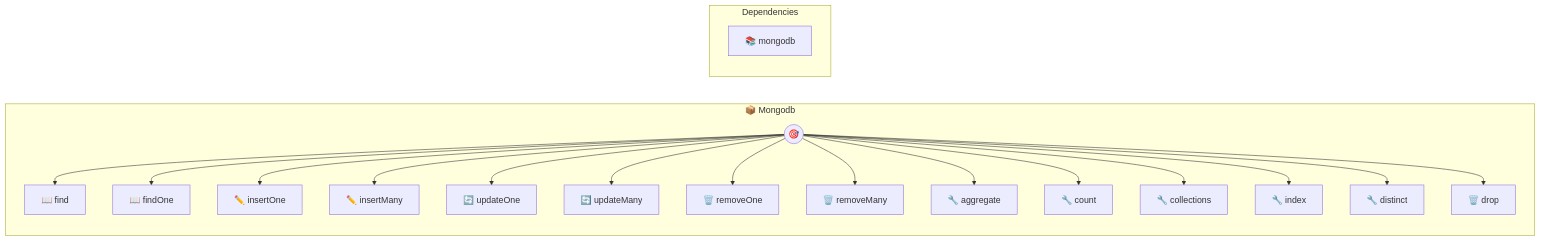
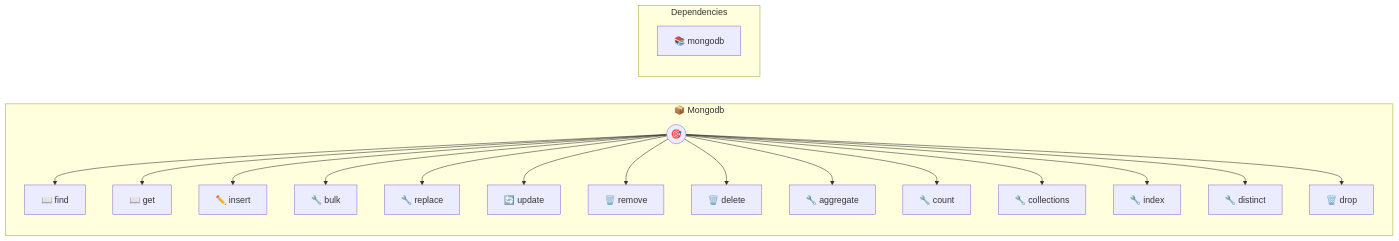
The diagram in mongodb.md (portel-dev/photons), drawn with Mermaid before and after one commit. The commit also changed other lines of this file and 20 other files, not shown here.

````diff
--- a/mongodb.md
+++ b/mongodb.md
@@ -265,40 +265,40 @@
 ```mermaid
 flowchart LR
     subgraph mongodb["📦 Mongodb"]
         direction TB
         PHOTON((🎯))
         T0[📖 find]
         PHOTON --> T0
-        T1[📖 findOne]
+        T1[📖 get]
         PHOTON --> T1
-        T2[✏️ insertOne]
+        T2[✏️ insert]
         PHOTON --> T2
-        T3[✏️ insertMany]
+        T3[🔧 bulk]
         PHOTON --> T3
-        T4[🔄 updateOne]
+        T4[🔧 replace]
         PHOTON --> T4
-        T5[🔄 updateMany]
+        T5[🔄 update]
         PHOTON --> T5
-        T6[🗑️ removeOne]
+        T6[🗑️ remove]
         PHOTON --> T6
-        T7[🗑️ removeMany]
+        T7[🗑️ delete]
         PHOTON --> T7
         T8[🔧 aggregate]
         PHOTON --> T8
         T9[🔧 count]
         PHOTON --> T9
         T10[🔧 collections]
         PHOTON --> T10
         T11[🔧 index]
         PHOTON --> T11
         T12[🔧 distinct]
         PHOTON --> T12
         T13[🗑️ drop]
         PHOTON --> T13
     end
 
     subgraph deps["Dependencies"]
         direction TB
         NPM0[📚 mongodb]
     end
 ```
````
